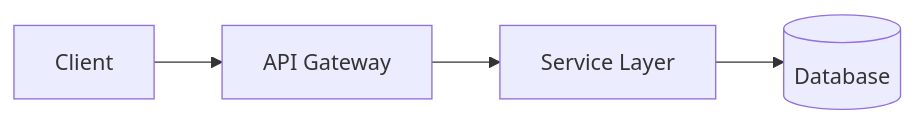
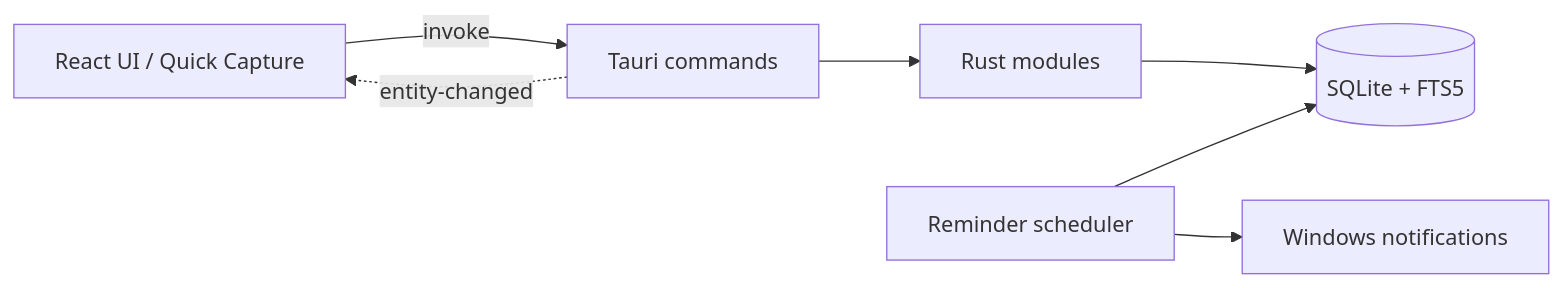
One commit to TranCongAnh-01A/MySpace changed the diagram in docs/PROJECT_CONTEXT.md. Above: the diagram before and after it, drawn with Mermaid. The commit also changed other lines of this file and 6 other files, not shown here.

Commit message:
docs: phân tích kế hoạch LifeHub, schema MVP, kế hoạch phiên A

````diff
--- a/docs/PROJECT_CONTEXT.md
+++ b/docs/PROJECT_CONTEXT.md
@@ -27,6 +27,9 @@
 ```mermaid
 flowchart LR
-    A[Client] --> B[API Gateway]
-    B --> C[Service Layer]
-    C --> D[(Database)]
+    UI[React UI / Quick Capture] -->|invoke| CMD[Tauri commands]
+    CMD --> MOD[Rust modules]
+    MOD --> DB[(SQLite + FTS5)]
+    SCH[Reminder scheduler] --> DB
+    SCH --> WN[Windows notifications]
+    CMD -. entity-changed .-> UI
 ```
````
